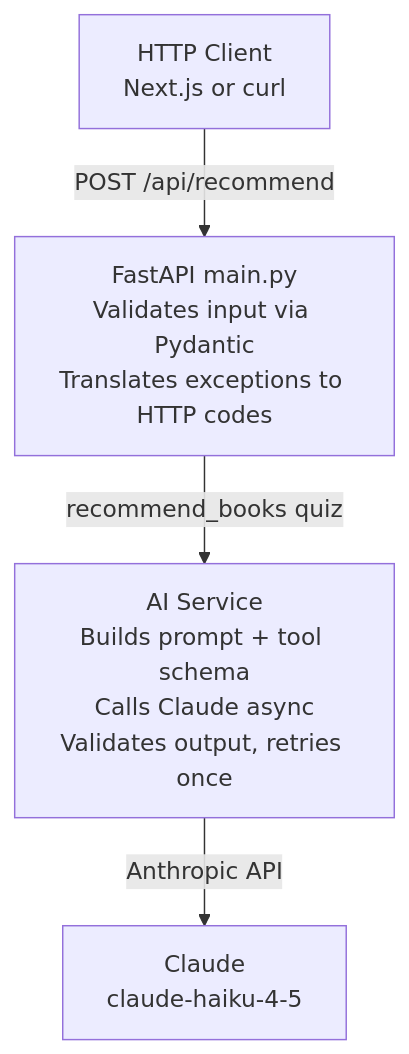
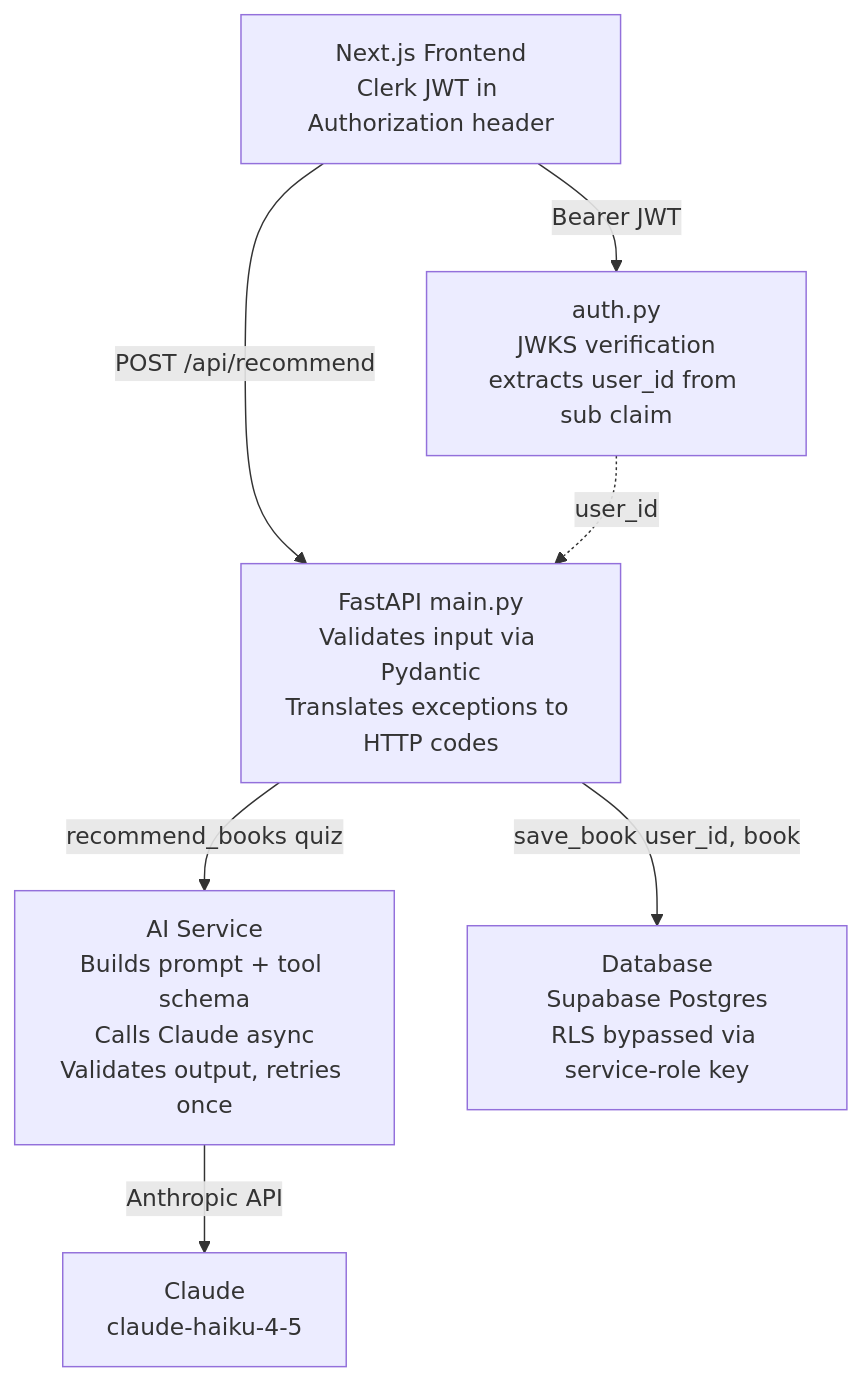
Before and after one commit to patriceephraim/booksrec-backend: the diagram in README.md, drawn with Mermaid. The commit also changed other lines of this file, not shown here.

Commit message:
Improve README: link to frontend + live demo, add architecture diagram, expand API table

````diff
--- a/README.md
+++ b/README.md
@@ -20,6 +20,9 @@
 ```mermaid
 flowchart TD
-    A[HTTP Client<br/>Next.js or curl] -->|POST /api/recommend| B[FastAPI main.py<br/>Validates input via Pydantic<br/>Translates exceptions to HTTP codes]
+    A[Next.js Frontend<br/>Clerk JWT in Authorization header] -->|POST /api/recommend| B[FastAPI main.py<br/>Validates input via Pydantic<br/>Translates exceptions to HTTP codes]
     B -->|recommend_books quiz| C[AI Service<br/>Builds prompt + tool schema<br/>Calls Claude async<br/>Validates output, retries once]
     C -->|Anthropic API| D[Claude<br/>claude-haiku-4-5]
+    B -->|save_book user_id, book| E[Database<br/>Supabase Postgres<br/>RLS bypassed via service-role key]
+    A -->|Bearer JWT| F[auth.py<br/>JWKS verification<br/>extracts user_id from sub claim]
+    F -.->|user_id| B
 ```
````
